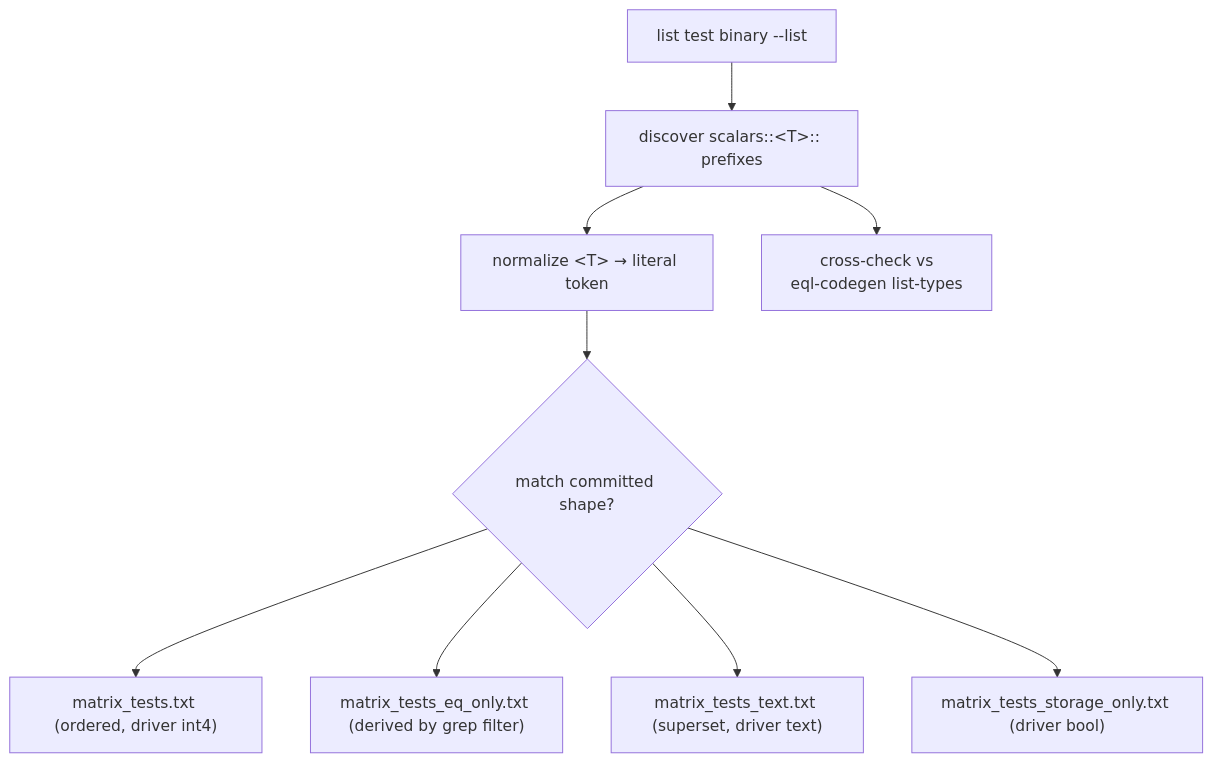
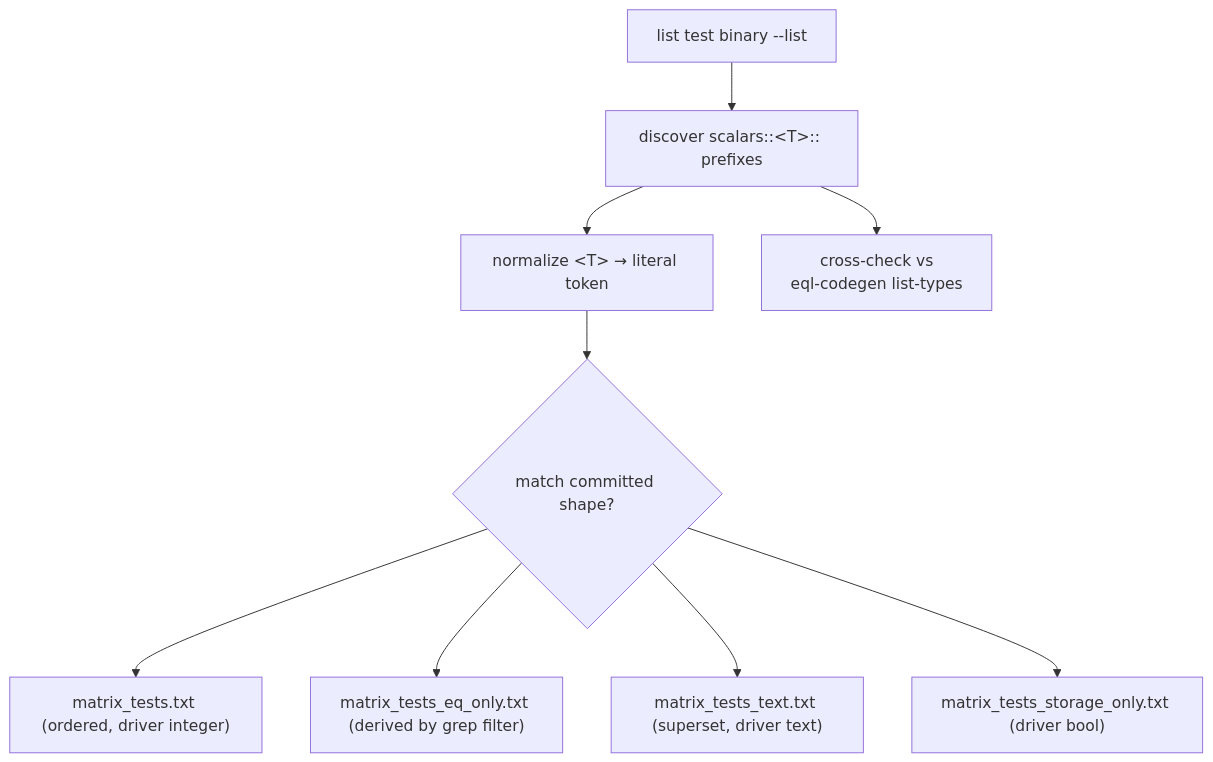
Before and after one commit to cipherstash/encrypt-query-language: diagram 13 of 15 in docs/reference/catalog-driven-architecture.md, drawn with Mermaid. The commit also changed other lines of this file and 10 other files, not shown here.

````diff
--- a/docs/reference/catalog-driven-architecture.md
+++ b/docs/reference/catalog-driven-architecture.md
@@ -508,11 +508,11 @@
 ```mermaid
 flowchart TD
     BIN["list test binary --list"] --> DISC["discover scalars::&lt;T&gt;:: prefixes"]
     DISC --> NORM["normalize &lt;T&gt; → literal token"]
     NORM --> CMP{"match committed shape?"}
-    CMP --> M1["matrix_tests.txt (ordered, driver int4)"]
+    CMP --> M1["matrix_tests.txt (ordered, driver integer)"]
     CMP --> M2["matrix_tests_eq_only.txt (derived by grep filter)"]
     CMP --> M3["matrix_tests_text.txt (superset, driver text)"]
     CMP --> M4["matrix_tests_storage_only.txt (driver bool)"]
     DISC --> XCHK["cross-check vs<br/>eql-codegen list-types"]
 ```
````
